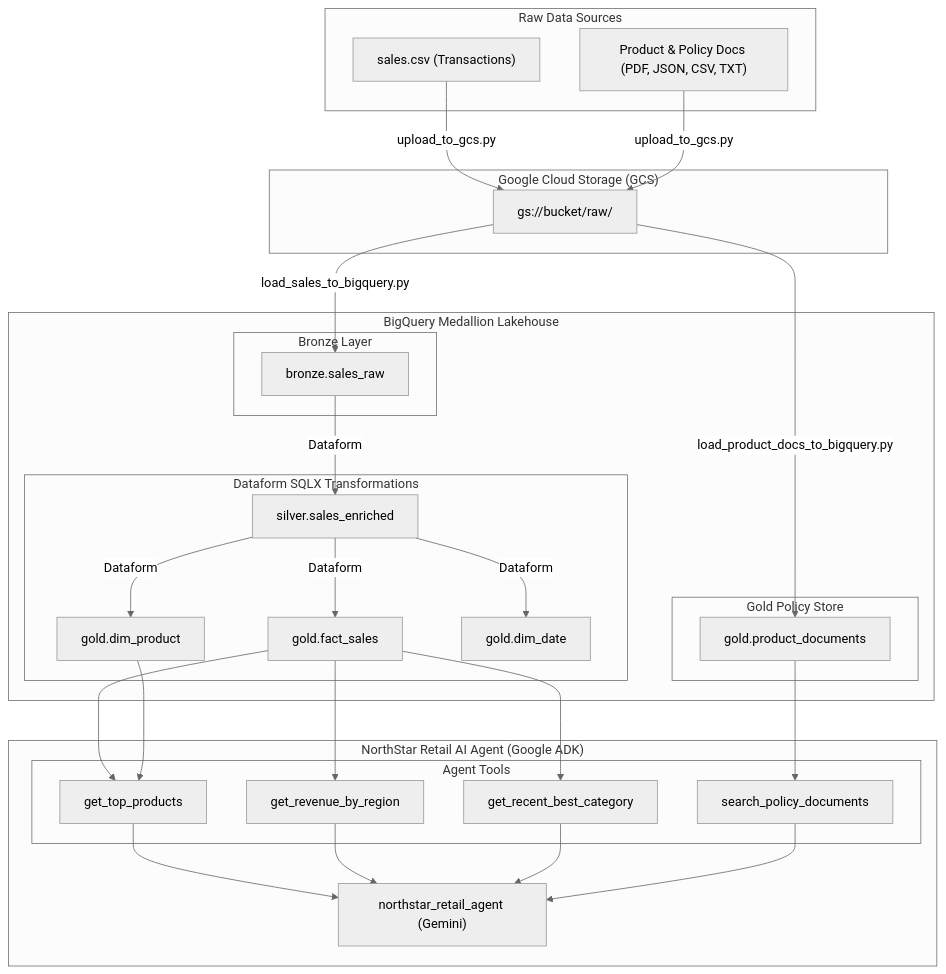
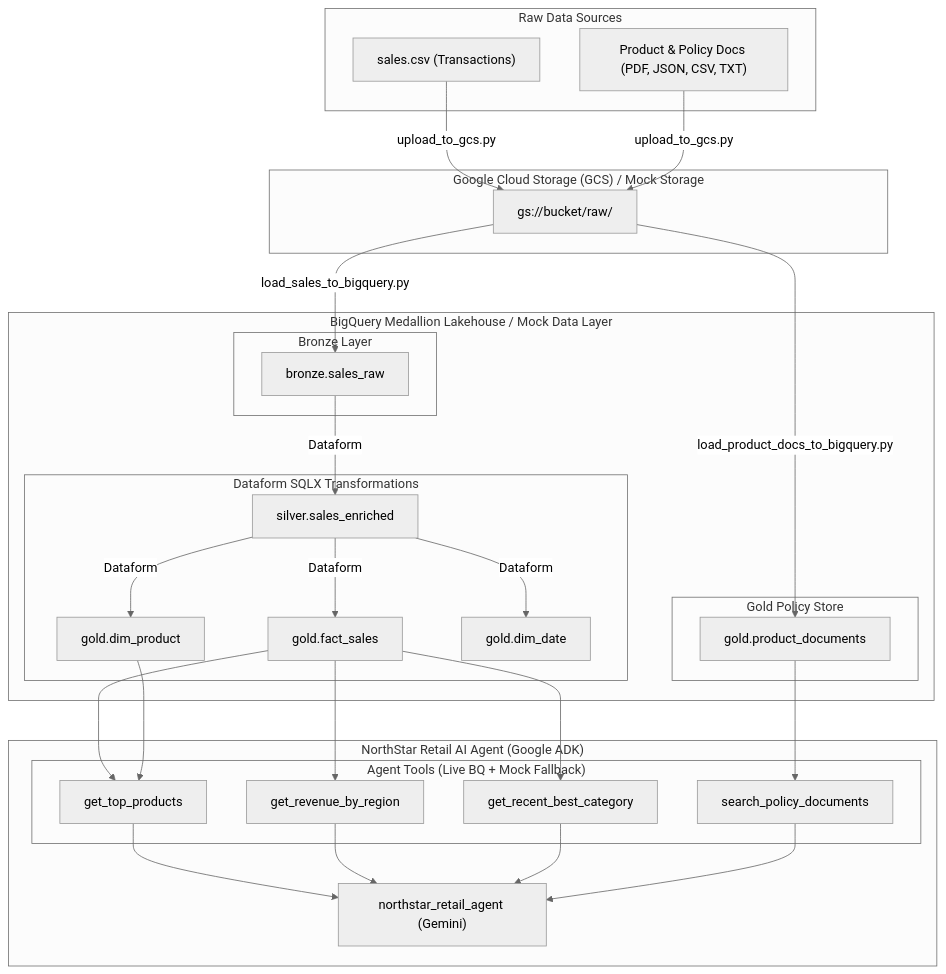
Before and after one commit to surya241022/gcp-assessment-v1--A-Surya-Teja-Reddy-: the diagram in README.md, drawn with Mermaid (neutral theme). The commit also changed other lines of this file and 8 other files, not shown here.

Commit message:
feat(mock): add zero-credential mock fallback and automated offline test suite for end-to-end execution

````diff
--- a/README.md
+++ b/README.md
@@ -27,60 +31,60 @@
 ```mermaid
 flowchart TD
     subgraph RawSources["Raw Data Sources"]
         CSV["sales.csv (Transactions)"]
         DOCS["Product & Policy Docs (PDF, JSON, CSV, TXT)"]
     end
 
-    subgraph GCPStorage["Google Cloud Storage (GCS)"]
+    subgraph GCPStorage["Google Cloud Storage (GCS) / Mock Storage"]
         GCS_RAW["gs://bucket/raw/"]
     end
 
-    subgraph BigQueryWarehouse["BigQuery Medallion Lakehouse"]
+    subgraph BigQueryWarehouse["BigQuery Medallion Lakehouse / Mock Data Layer"]
         subgraph BronzeLayer["Bronze Layer"]
             BRONZE_SALES["bronze.sales_raw"]
         end
 
         subgraph DataformPipeline["Dataform SQLX Transformations"]
             SILVER_SALES["silver.sales_enriched"]
             GOLD_FACT["gold.fact_sales"]
             GOLD_PROD["gold.dim_product"]
             GOLD_DATE["gold.dim_date"]
         end
 
         subgraph GoldDocs["Gold Policy Store"]
             GOLD_DOCS["gold.product_documents"]
         end
     end
 
     subgraph ADKAgent["NorthStar Retail AI Agent (Google ADK)"]
         AGENT["northstar_retail_agent (Gemini)"]
         
-        subgraph Tools["Agent Tools"]
+        subgraph Tools["Agent Tools (Live BQ + Mock Fallback)"]
             TOOL_TOP["get_top_products"]
             TOOL_REG["get_revenue_by_region"]
             TOOL_CAT["get_recent_best_category"]
             TOOL_POL["search_policy_documents"]
         end
     end
 
     CSV -->|upload_to_gcs.py| GCS_RAW
     DOCS -->|upload_to_gcs.py| GCS_RAW
     GCS_RAW -->|load_sales_to_bigquery.py| BRONZE_SALES
     GCS_RAW -->|load_product_docs_to_bigquery.py| GOLD_DOCS
 
     BRONZE_SALES -->|Dataform| SILVER_SALES
     SILVER_SALES -->|Dataform| GOLD_FACT
     SILVER_SALES -->|Dataform| GOLD_PROD
     SILVER_SALES -->|Dataform| GOLD_DATE
 
     GOLD_FACT --> TOOL_TOP
     GOLD_PROD --> TOOL_TOP
     GOLD_FACT --> TOOL_REG
     GOLD_FACT --> TOOL_CAT
     GOLD_DOCS --> TOOL_POL
 
     TOOL_TOP --> AGENT
     TOOL_REG --> AGENT
     TOOL_CAT --> AGENT
     TOOL_POL --> AGENT
 ```
````
